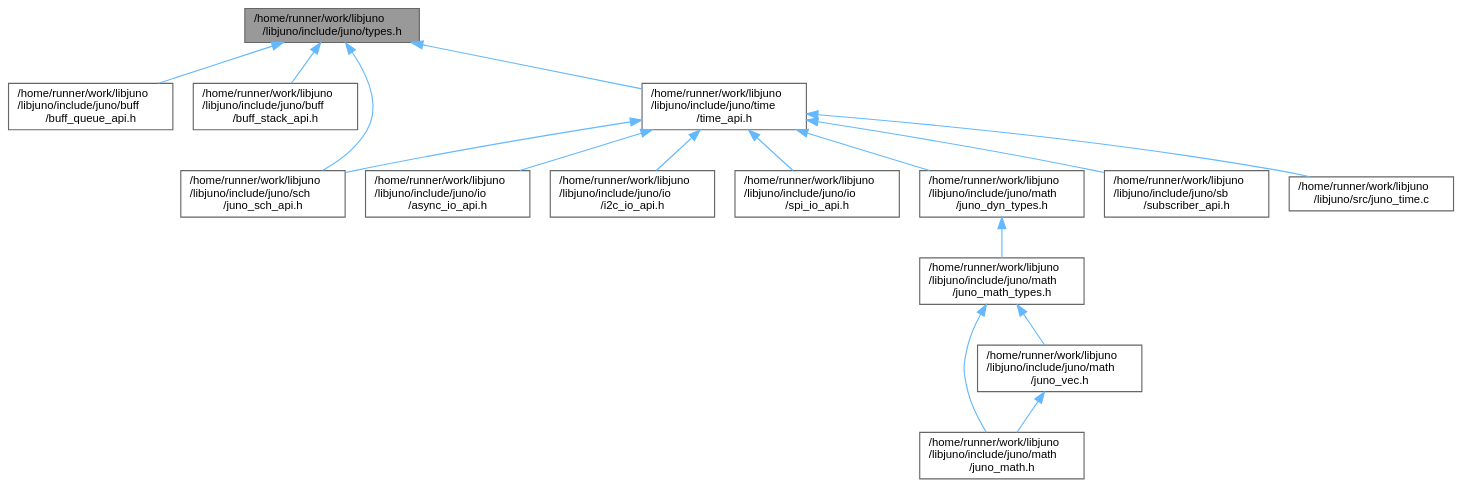
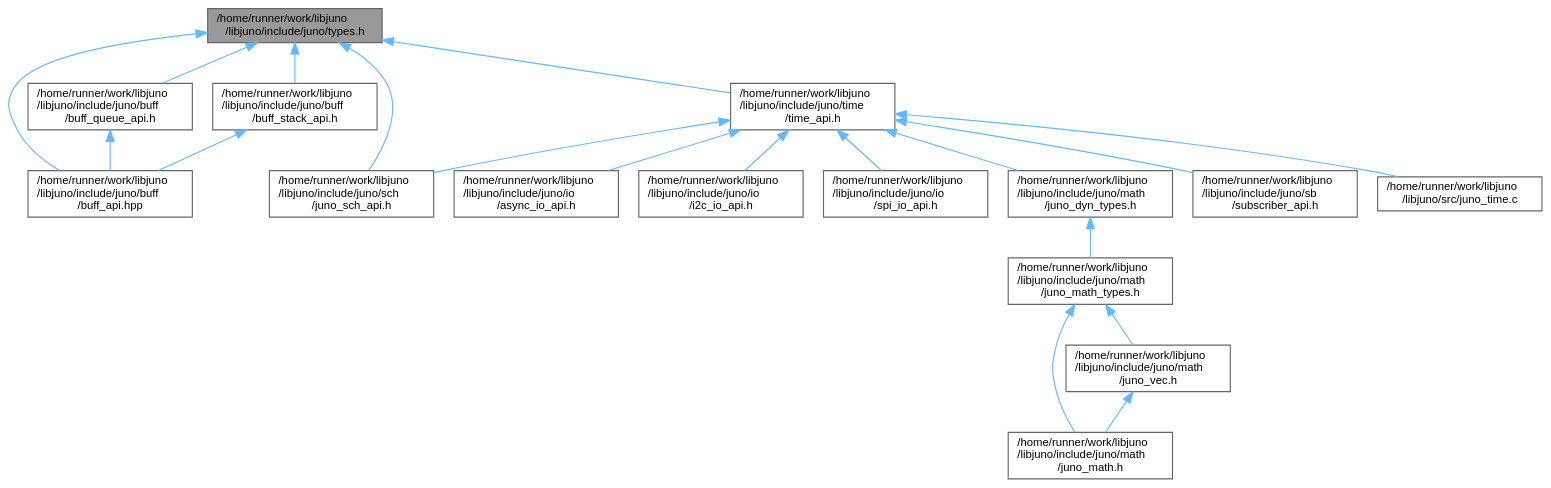
One commit to robinonsay/libjuno changed the diagram in types_8h__dep__incl.dot. Above: the diagram before and after it, drawn with Graphviz. The commit also changed 63 other files, not shown here.

```diff
--- a/types_8h__dep__incl.dot
+++ b/types_8h__dep__incl.dot
@@ -1,36 +1,40 @@
 digraph "/home/runner/work/libjuno/libjuno/include/juno/types.h"
 {
  // LATEX_PDF_SIZE
   bgcolor="transparent";
   edge [fontname=Helvetica,fontsize=10,labelfontname=Helvetica,labelfontsize=10];
   node [fontname=Helvetica,fontsize=10,shape=box,height=0.2,width=0.4];
   Node1 [id="Node000001",label="/home/runner/work/libjuno\l/libjuno/include/juno/types.h",height=0.2,width=0.4,color="gray40", fillcolor="grey60", style="filled", fontcolor="black",tooltip=" "];
   Node1 -> Node2 [id="edge1_Node000001_Node000002",dir="back",color="steelblue1",style="solid",tooltip=" "];
-  Node2 [id="Node000002",label="/home/runner/work/libjuno\l/libjuno/include/juno/buff\l/buff_queue_api.h",height=0.2,width=0.4,color="grey40", fillcolor="white", style="filled",URL="$buff__queue__api_8h.html",tooltip=" "];
+  Node2 [id="Node000002",label="/home/runner/work/libjuno\l/libjuno/include/juno/buff\l/buff_api.hpp",height=0.2,width=0.4,color="grey40", fillcolor="white", style="filled",URL="$buff__api_8hpp.html",tooltip=" "];
   Node1 -> Node3 [id="edge2_Node000001_Node000003",dir="back",color="steelblue1",style="solid",tooltip=" "];
-  Node3 [id="Node000003",label="/home/runner/work/libjuno\l/libjuno/include/juno/buff\l/buff_stack_api.h",height=0.2,width=0.4,color="grey40", fillcolor="white", style="filled",URL="$buff__stack__api_8h.html",tooltip=" "];
-  Node1 -> Node4 [id="edge3_Node000001_Node000004",dir="back",color="steelblue1",style="solid",tooltip=" "];
-  Node4 [id="Node000004",label="/home/runner/work/libjuno\l/libjuno/include/juno/sch\l/juno_sch_api.h",height=0.2,width=0.4,color="grey40", fillcolor="white", style="filled",URL="$juno__sch__api_8h.html",tooltip=" "];
-  Node1 -> Node5 [id="edge4_Node000001_Node000005",dir="back",color="steelblue1",style="solid",tooltip=" "];
-  Node5 [id="Node000005",label="/home/runner/work/libjuno\l/libjuno/include/juno/time\l/time_api.h",height=0.2,width=0.4,color="grey40", fillcolor="white", style="filled",URL="$time__api_8h.html",tooltip=" "];
-  Node5 -> Node6 [id="edge5_Node000005_Node000006",dir="back",color="steelblue1",style="solid",tooltip=" "];
-  Node6 [id="Node000006",label="/home/runner/work/libjuno\l/libjuno/include/juno/io\l/async_io_api.h",height=0.2,width=0.4,color="grey40", fillcolor="white", style="filled",URL="$async__io__api_8h.html",tooltip=" "];
-  Node5 -> Node7 [id="edge6_Node000005_Node000007",dir="back",color="steelblue1",style="solid",tooltip=" "];
-  Node7 [id="Node000007",label="/home/runner/work/libjuno\l/libjuno/include/juno/io\l/i2c_io_api.h",height=0.2,width=0.4,color="grey40", fillcolor="white", style="filled",URL="$i2c__io__api_8h.html",tooltip=" "];
-  Node5 -> Node8 [id="edge7_Node000005_Node000008",dir="back",color="steelblue1",style="solid",tooltip=" "];
-  Node8 [id="Node000008",label="/home/runner/work/libjuno\l/libjuno/include/juno/io\l/spi_io_api.h",height=0.2,width=0.4,color="grey40", fillcolor="white", style="filled",URL="$spi__io__api_8h.html",tooltip=" "];
-  Node5 -> Node9 [id="edge8_Node000005_Node000009",dir="back",color="steelblue1",style="solid",tooltip=" "];
-  Node9 [id="Node000009",label="/home/runner/work/libjuno\l/libjuno/include/juno/math\l/juno_dyn_types.h",height=0.2,width=0.4,color="grey40", fillcolor="white", style="filled",URL="$juno__dyn__types_8h.html",tooltip=" "];
-  Node9 -> Node10 [id="edge9_Node000009_Node000010",dir="back",color="steelblue1",style="solid",tooltip=" "];
-  Node10 [id="Node000010",label="/home/runner/work/libjuno\l/libjuno/include/juno/math\l/juno_math_types.h",height=0.2,width=0.4,color="grey40", fillcolor="white", style="filled",URL="$juno__math__types_8h.html",tooltip=" "];
-  Node10 -> Node11 [id="edge10_Node000010_Node000011",dir="back",color="steelblue1",style="solid",tooltip=" "];
-  Node11 [id="Node000011",label="/home/runner/work/libjuno\l/libjuno/include/juno/math\l/juno_math.h",height=0.2,width=0.4,color="grey40", fillcolor="white", style="filled",URL="$juno__math_8h.html",tooltip=" "];
-  Node10 -> Node12 [id="edge11_Node000010_Node000012",dir="back",color="steelblue1",style="solid",tooltip=" "];
-  Node12 [id="Node000012",label="/home/runner/work/libjuno\l/libjuno/include/juno/math\l/juno_vec.h",height=0.2,width=0.4,color="grey40", fillcolor="white", style="filled",URL="$juno__vec_8h.html",tooltip=" "];
-  Node12 -> Node11 [id="edge12_Node000012_Node000011",dir="back",color="steelblue1",style="solid",tooltip=" "];
-  Node5 -> Node13 [id="edge13_Node000005_Node000013",dir="back",color="steelblue1",style="solid",tooltip=" "];
-  Node13 [id="Node000013",label="/home/runner/work/libjuno\l/libjuno/include/juno/sb\l/subscriber_api.h",height=0.2,width=0.4,color="grey40", fillcolor="white", style="filled",URL="$subscriber__api_8h.html",tooltip=" "];
-  Node5 -> Node4 [id="edge14_Node000005_Node000004",dir="back",color="steelblue1",style="solid",tooltip=" "];
-  Node5 -> Node14 [id="edge15_Node000005_Node000014",dir="back",color="steelblue1",style="solid",tooltip=" "];
-  Node14 [id="Node000014",label="/home/runner/work/libjuno\l/libjuno/src/juno_time.c",height=0.2,width=0.4,color="grey40", fillcolor="white", style="filled",URL="$juno__time_8c.html",tooltip=" "];
+  Node3 [id="Node000003",label="/home/runner/work/libjuno\l/libjuno/include/juno/buff\l/buff_queue_api.h",height=0.2,width=0.4,color="grey40", fillcolor="white", style="filled",URL="$buff__queue__api_8h.html",tooltip=" "];
+  Node3 -> Node2 [id="edge3_Node000003_Node000002",dir="back",color="steelblue1",style="solid",tooltip=" "];
+  Node1 -> Node4 [id="edge4_Node000001_Node000004",dir="back",color="steelblue1",style="solid",tooltip=" "];
+  Node4 [id="Node000004",label="/home/runner/work/libjuno\l/libjuno/include/juno/buff\l/buff_stack_api.h",height=0.2,width=0.4,color="grey40", fillcolor="white", style="filled",URL="$buff__stack__api_8h.html",tooltip=" "];
+  Node4 -> Node2 [id="edge5_Node000004_Node000002",dir="back",color="steelblue1",style="solid",tooltip=" "];
+  Node1 -> Node5 [id="edge6_Node000001_Node000005",dir="back",color="steelblue1",style="solid",tooltip=" "];
+  Node5 [id="Node000005",label="/home/runner/work/libjuno\l/libjuno/include/juno/sch\l/juno_sch_api.h",height=0.2,width=0.4,color="grey40", fillcolor="white", style="filled",URL="$juno__sch__api_8h.html",tooltip=" "];
+  Node1 -> Node6 [id="edge7_Node000001_Node000006",dir="back",color="steelblue1",style="solid",tooltip=" "];
+  Node6 [id="Node000006",label="/home/runner/work/libjuno\l/libjuno/include/juno/time\l/time_api.h",height=0.2,width=0.4,color="grey40", fillcolor="white", style="filled",URL="$time__api_8h.html",tooltip=" "];
+  Node6 -> Node7 [id="edge8_Node000006_Node000007",dir="back",color="steelblue1",style="solid",tooltip=" "];
+  Node7 [id="Node000007",label="/home/runner/work/libjuno\l/libjuno/include/juno/io\l/async_io_api.h",height=0.2,width=0.4,color="grey40", fillcolor="white", style="filled",URL="$async__io__api_8h.html",tooltip=" "];
+  Node6 -> Node8 [id="edge9_Node000006_Node000008",dir="back",color="steelblue1",style="solid",tooltip=" "];
+  Node8 [id="Node000008",label="/home/runner/work/libjuno\l/libjuno/include/juno/io\l/i2c_io_api.h",height=0.2,width=0.4,color="grey40", fillcolor="white", style="filled",URL="$i2c__io__api_8h.html",tooltip=" "];
+  Node6 -> Node9 [id="edge10_Node000006_Node000009",dir="back",color="steelblue1",style="solid",tooltip=" "];
+  Node9 [id="Node000009",label="/home/runner/work/libjuno\l/libjuno/include/juno/io\l/spi_io_api.h",height=0.2,width=0.4,color="grey40", fillcolor="white", style="filled",URL="$spi__io__api_8h.html",tooltip=" "];
+  Node6 -> Node10 [id="edge11_Node000006_Node000010",dir="back",color="steelblue1",style="solid",tooltip=" "];
+  Node10 [id="Node000010",label="/home/runner/work/libjuno\l/libjuno/include/juno/math\l/juno_dyn_types.h",height=0.2,width=0.4,color="grey40", fillcolor="white", style="filled",URL="$juno__dyn__types_8h.html",tooltip=" "];
+  Node10 -> Node11 [id="edge12_Node000010_Node000011",dir="back",color="steelblue1",style="solid",tooltip=" "];
+  Node11 [id="Node000011",label="/home/runner/work/libjuno\l/libjuno/include/juno/math\l/juno_math_types.h",height=0.2,width=0.4,color="grey40", fillcolor="white", style="filled",URL="$juno__math__types_8h.html",tooltip=" "];
+  Node11 -> Node12 [id="edge13_Node000011_Node000012",dir="back",color="steelblue1",style="solid",tooltip=" "];
+  Node12 [id="Node000012",label="/home/runner/work/libjuno\l/libjuno/include/juno/math\l/juno_math.h",height=0.2,width=0.4,color="grey40", fillcolor="white", style="filled",URL="$juno__math_8h.html",tooltip=" "];
+  Node11 -> Node13 [id="edge14_Node000011_Node000013",dir="back",color="steelblue1",style="solid",tooltip=" "];
+  Node13 [id="Node000013",label="/home/runner/work/libjuno\l/libjuno/include/juno/math\l/juno_vec.h",height=0.2,width=0.4,color="grey40", fillcolor="white", style="filled",URL="$juno__vec_8h.html",tooltip=" "];
+  Node13 -> Node12 [id="edge15_Node000013_Node000012",dir="back",color="steelblue1",style="solid",tooltip=" "];
+  Node6 -> Node14 [id="edge16_Node000006_Node000014",dir="back",color="steelblue1",style="solid",tooltip=" "];
+  Node14 [id="Node000014",label="/home/runner/work/libjuno\l/libjuno/include/juno/sb\l/subscriber_api.h",height=0.2,width=0.4,color="grey40", fillcolor="white", style="filled",URL="$subscriber__api_8h.html",tooltip=" "];
+  Node6 -> Node5 [id="edge17_Node000006_Node000005",dir="back",color="steelblue1",style="solid",tooltip=" "];
+  Node6 -> Node15 [id="edge18_Node000006_Node000015",dir="back",color="steelblue1",style="solid",tooltip=" "];
+  Node15 [id="Node000015",label="/home/runner/work/libjuno\l/libjuno/src/juno_time.c",height=0.2,width=0.4,color="grey40", fillcolor="white", style="filled",URL="$juno__time_8c.html",tooltip=" "];
 }
```
